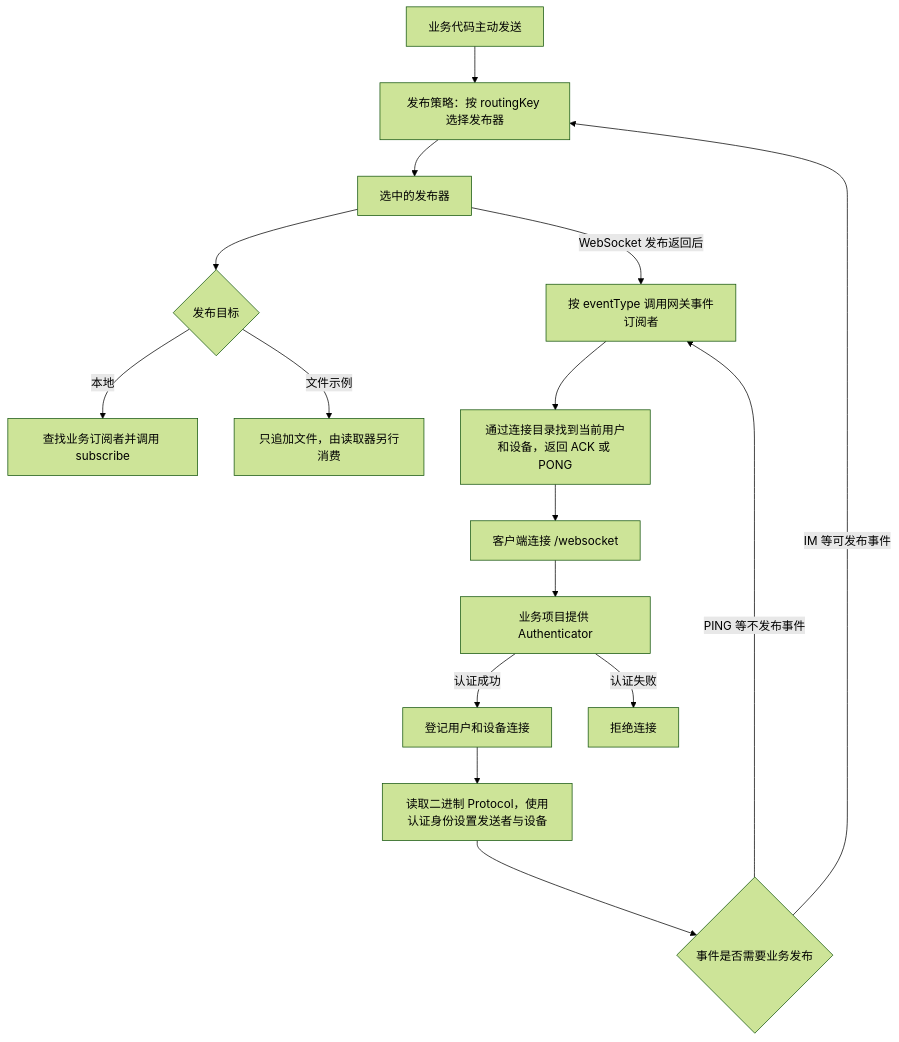
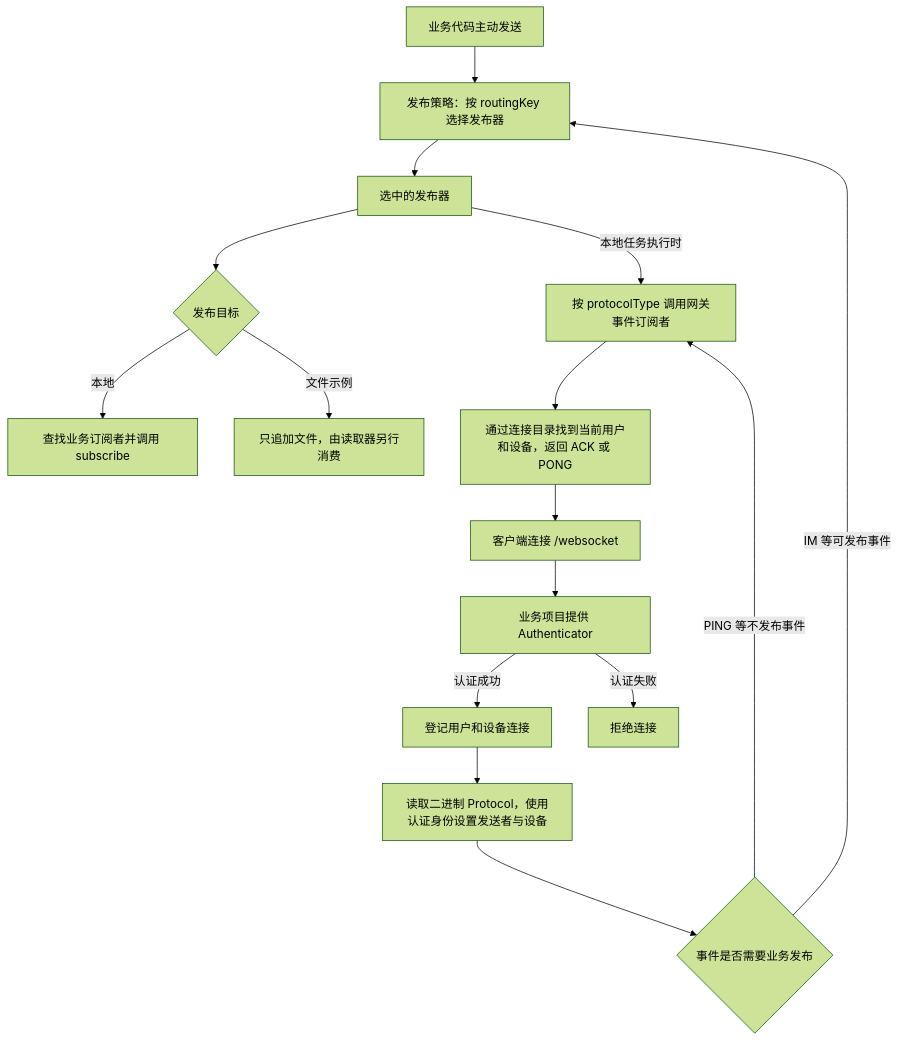
Before and after one commit to sparrowzoo/sparrow-messaging-gateway: the first of 5 diagrams in README.md, drawn with Mermaid (forest theme). The commit also changed other lines of this file and 51 other files, not shown here.

````diff
--- a/README.md
+++ b/README.md
@@ -11,18 +11,18 @@
 ```mermaid
 flowchart TD
     Local["业务代码主动发送"] --> Strategy["发布策略：按 routingKey 选择发布器"]
     Client["客户端连接 /websocket"] --> Auth["业务项目提供 Authenticator"]
     Auth -->|"认证成功"| Connection["登记用户和设备连接"]
     Auth -->|"认证失败"| Reject["拒绝连接"]
     Connection --> Parse["读取二进制 Protocol，使用认证身份设置发送者与设备"]
     Parse --> Kind{"事件是否需要业务发布"}
     Kind -->|"IM 等可发布事件"| Strategy
     Strategy --> Publisher["选中的发布器"]
     Publisher --> Target{"发布目标"}
     Target -->|"本地"| Business["查找业务订阅者并调用 subscribe"]
     Target -->|"文件示例"| File["只追加文件，由读取器另行消费"]
-    Publisher -->|"WebSocket 发布返回后"| Event["按 eventType 调用网关事件订阅者"]
+    Publisher -->|"本地任务执行时"| Event["按 protocolType 调用网关事件订阅者"]
     Kind -->|"PING 等不发布事件"| Event
     Event --> Reply["通过连接目录找到当前用户和设备，返回 ACK 或 PONG"]
     Reply --> Client
 ```
````
